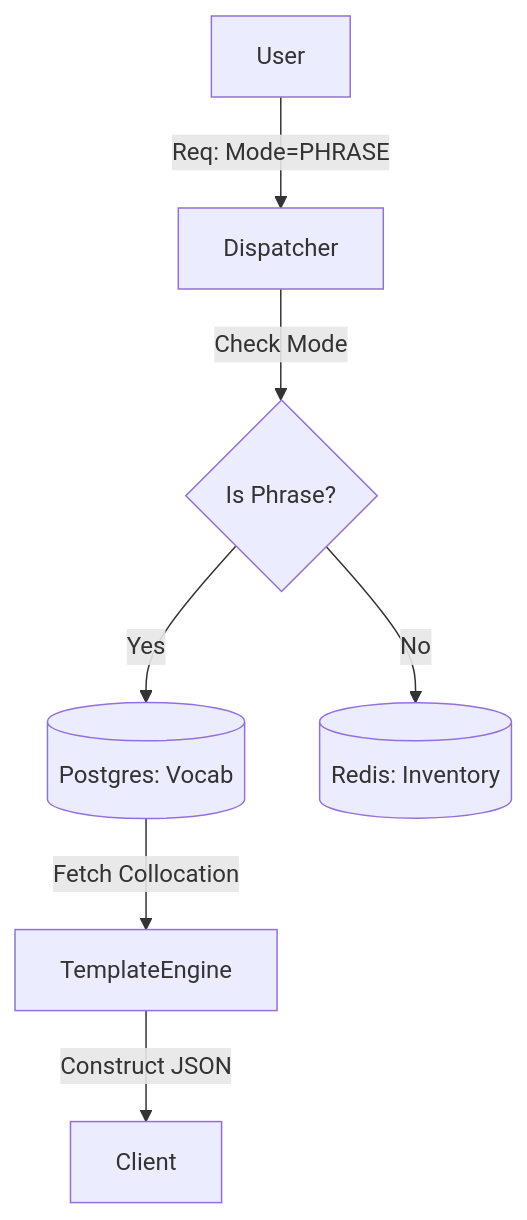
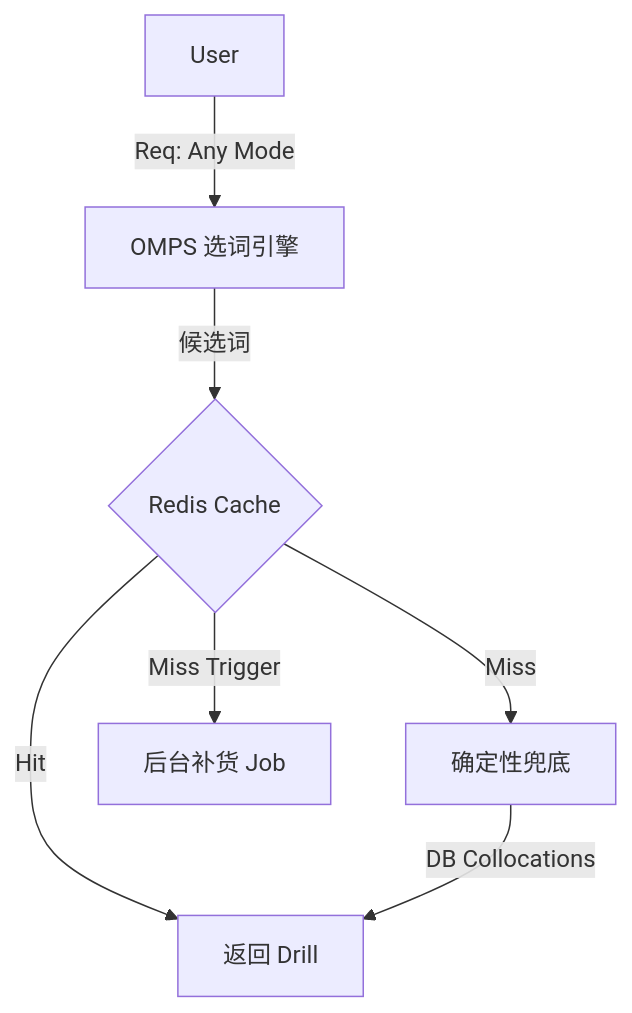
The diagram in docs/dev-notes/technical-spec-phrase-mode.md (hugohua/OPUS), drawn with Mermaid before and after one commit. The commit also changed other lines of this file and 82 other files, not shown here.

````diff
--- a/docs/dev-notes/technical-spec-phrase-mode.md
+++ b/docs/dev-notes/technical-spec-phrase-mode.md
@@ -28,10 +28,9 @@
 ```mermaid
 graph TD
-    User-->|Req: Mode=PHRASE| Dispatcher
-    Dispatcher-->|Check Mode| Decision{Is Phrase?}
-    Decision-->|Yes| DB[(Postgres: Vocab)]
-    Decision-->|No| Redis[(Redis: Inventory)]
-    
-    DB-->|Fetch Collocation| TemplateEngine
-    TemplateEngine-->|Construct JSON| Client
+    User-->|Req: Any Mode| OMPS[OMPS 选词引擎]
+    OMPS-->|候选词| Cache{Redis Cache}
+    Cache-->|Hit| Client[返回 Drill]
+    Cache-->|Miss| Fallback[确定性兜底]
+    Fallback-->|DB Collocations| Client
+    Cache-->|Miss Trigger| Worker[后台补货 Job]
 ```
````
